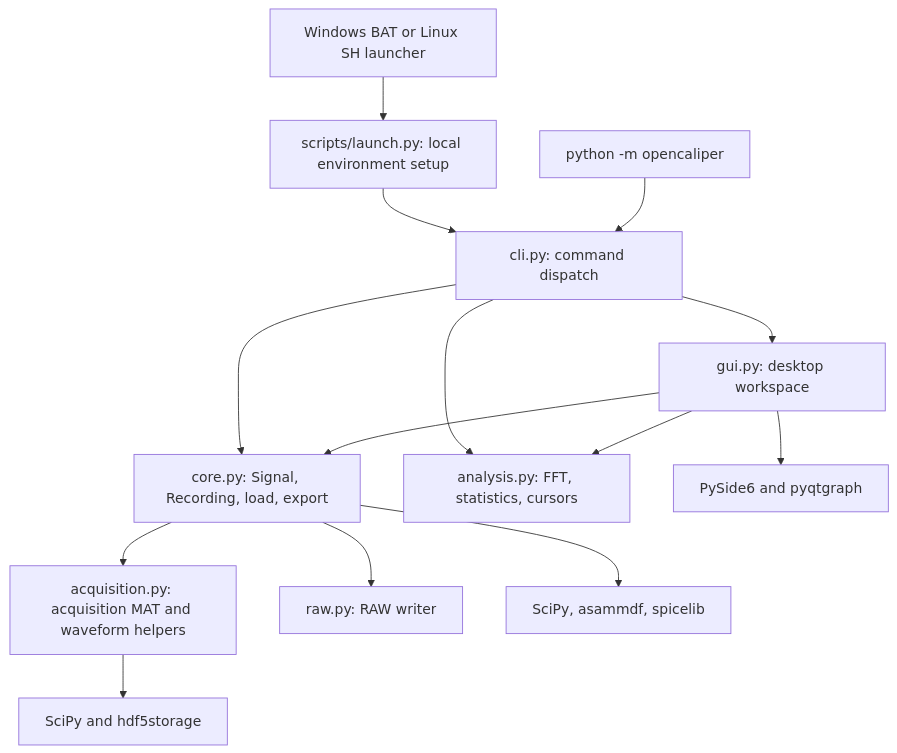
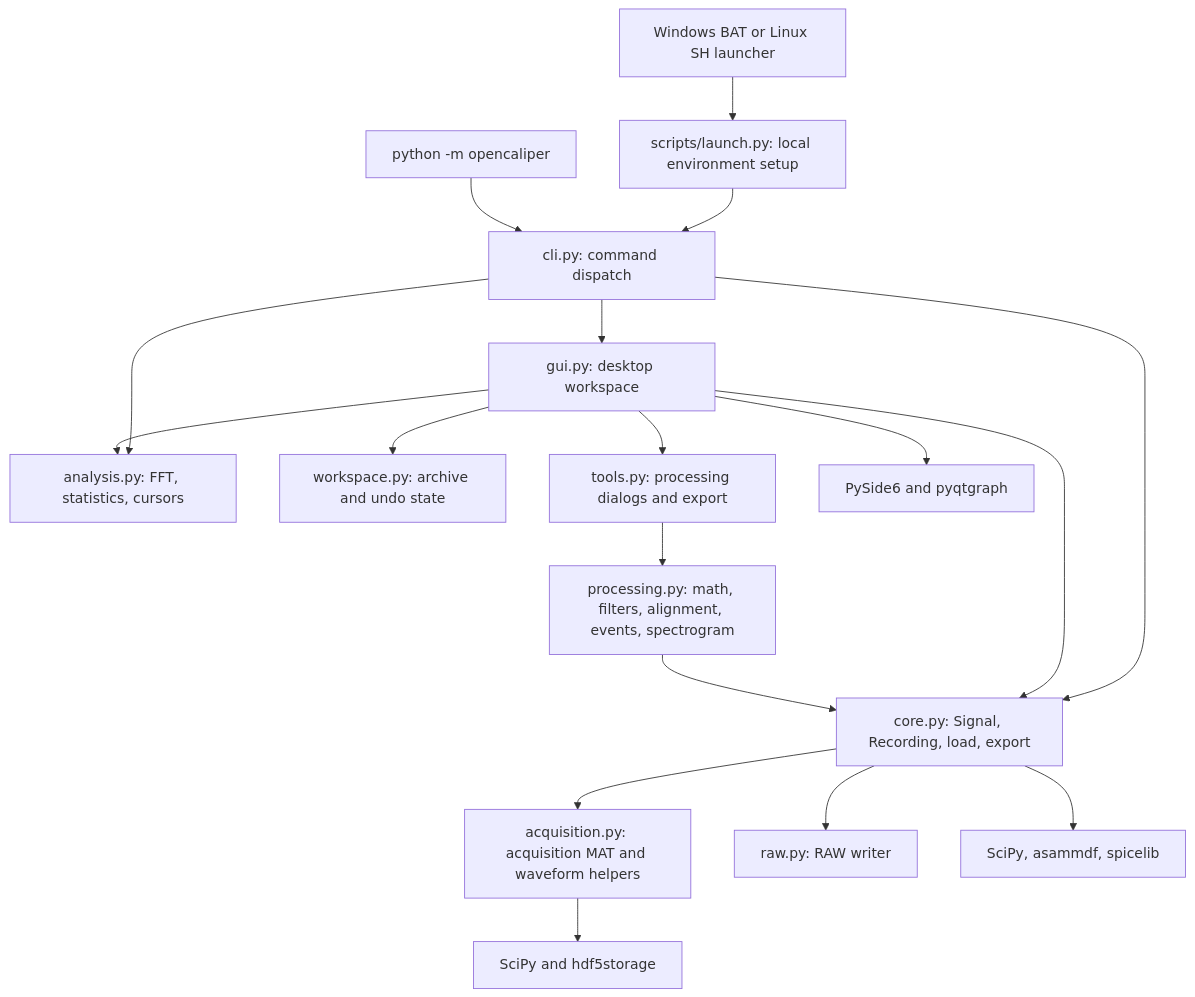
Before and after one commit to mrblackchris/opencaliper: the first of 3 diagrams in docs/ARCHITECTURE.md, drawn with Mermaid. The commit also changed other lines of this file and 11 other files, not shown here.

````diff
--- a/docs/ARCHITECTURE.md
+++ b/docs/ARCHITECTURE.md
@@ -15,16 +15,20 @@
 ```mermaid
 flowchart TD
     Start[Windows BAT or Linux SH launcher] --> Bootstrap[scripts/launch.py: local environment setup]
     Bootstrap --> CLI[cli.py: command dispatch]
     Module[python -m opencaliper] --> CLI
     CLI --> GUI[gui.py: desktop workspace]
     CLI --> Core[core.py: Signal, Recording, load, export]
     CLI --> Analysis[analysis.py: FFT, statistics, cursors]
     GUI --> Core
+    GUI --> Workspace[workspace.py: archive and undo state]
+    GUI --> Tools[tools.py: processing dialogs and export]
+    Tools --> Processing[processing.py: math, filters, alignment, events, spectrogram]
+    Processing --> Core
     GUI --> Analysis
     Core --> Acquisition[acquisition.py: acquisition MAT and waveform helpers]
     Core --> Raw[raw.py: RAW writer]
     Core --> Libraries[SciPy, asammdf, spicelib]
     Acquisition --> MAT[SciPy and hdf5storage]
     GUI --> Qt[PySide6 and pyqtgraph]
 ```
````
